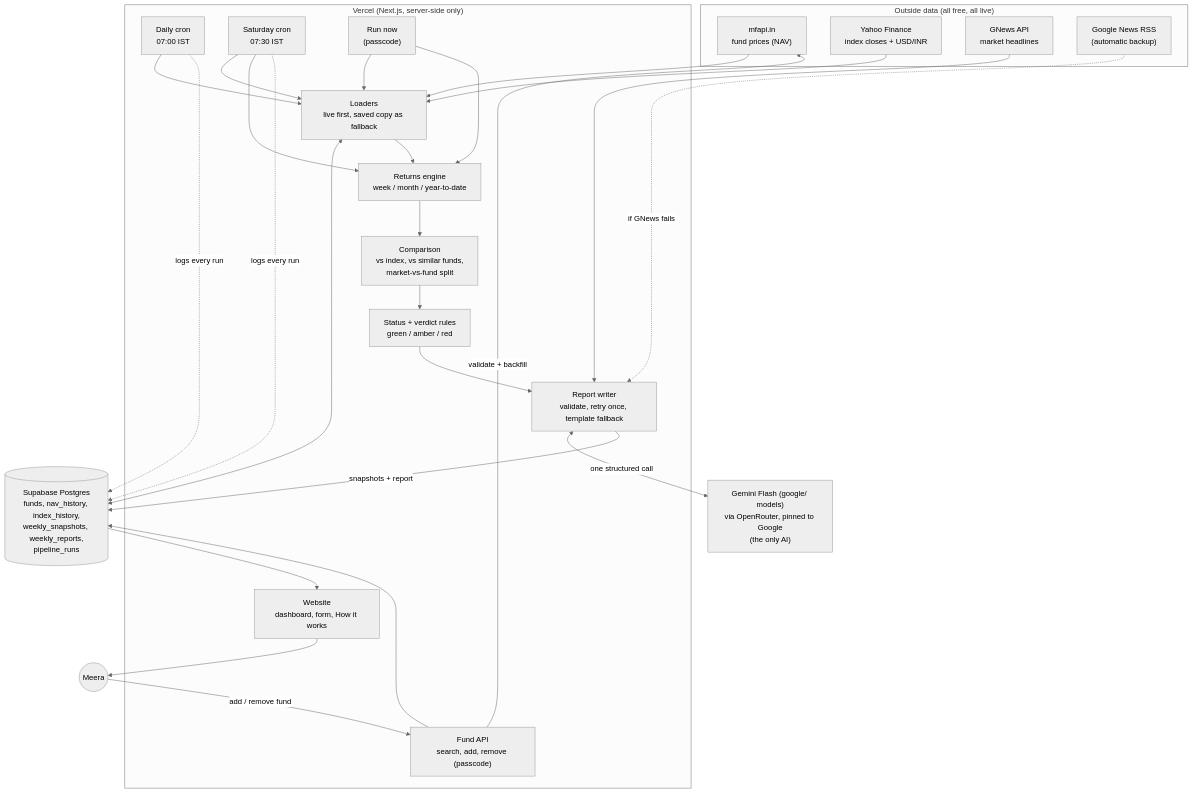
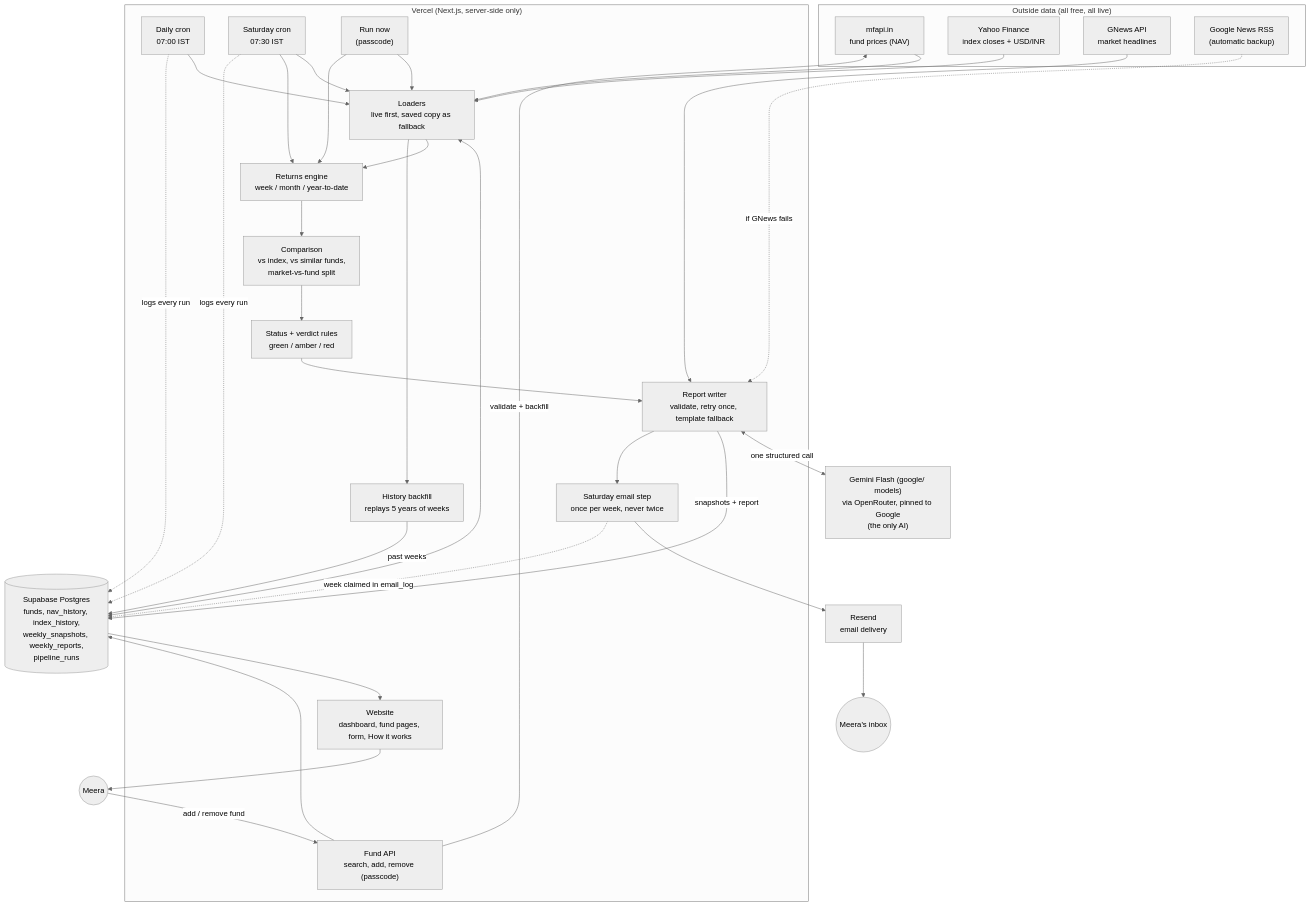
One commit to amlanmahapatra-bit/meera-mf-tracker changed the diagram in docs/COMPONENTS_MAP.md. Above: the diagram before and after it, drawn with Mermaid (neutral theme). The commit also changed other lines of this file and 71 other files, not shown here.

````diff
--- a/docs/COMPONENTS_MAP.md
+++ b/docs/COMPONENTS_MAP.md
@@ -8,46 +8,54 @@
 ```mermaid
 flowchart TB
   subgraph EXT["Outside data (all free, all live)"]
     MF["mfapi.in<br/>fund prices (NAV)"]
     YF["Yahoo Finance<br/>index closes + USD/INR"]
     GN["GNews API<br/>market headlines"]
     RSS["Google News RSS<br/>(automatic backup)"]
   end
 
   subgraph VERCEL["Vercel (Next.js, server-side only)"]
     CRON1["Daily cron<br/>07:00 IST"]
     CRON2["Saturday cron<br/>07:30 IST"]
     RUN["Run now<br/>(passcode)"]
     LOAD["Loaders<br/>live first, saved copy as fallback"]
     ENGINE["Returns engine<br/>week / month / year-to-date"]
     COMPARE["Comparison<br/>vs index, vs similar funds,<br/>market-vs-fund split"]
     STATUS["Status + verdict rules<br/>green / amber / red"]
     WRITER["Report writer<br/>validate, retry once, template fallback"]
     API["Fund API<br/>search, add, remove (passcode)"]
-    PAGES["Website<br/>dashboard, form, How it works"]
+    PAGES["Website<br/>dashboard, fund pages, form, How it works"]
+    EMAIL["Saturday email step<br/>once per week, never twice"]
+    BACKFILL["History backfill<br/>replays 5 years of weeks"]
   end
 
   GEM["Gemini Flash (google/ models)<br/>via OpenRouter, pinned to Google<br/>(the only AI)"]
+  RS["Resend<br/>email delivery"]
+  MAIL(("Meera's inbox"))
   DB[("Supabase Postgres<br/>funds, nav_history, index_history,<br/>weekly_snapshots, weekly_reports,<br/>pipeline_runs")]
   USER(("Meera"))
 
   CRON1 --> LOAD
   RUN --> LOAD
   CRON2 --> LOAD
   MF --> LOAD
   YF --> LOAD
   LOAD <--> DB
   CRON2 --> ENGINE
   RUN --> ENGINE
   LOAD --> ENGINE --> COMPARE --> STATUS
   GN --> WRITER
   RSS -.->|if GNews fails| WRITER
   STATUS --> WRITER
   WRITER <-->|"one structured call"| GEM
   WRITER -->|"snapshots + report"| DB
   CRON1 -. "logs every run" .-> DB
   CRON2 -. "logs every run" .-> DB
+  WRITER --> EMAIL --> RS --> MAIL
+  EMAIL -. "week claimed in email_log" .-> DB
+  BACKFILL -->|"past weeks"| DB
+  LOAD --> BACKFILL
   DB --> PAGES --> USER
   USER -->|"add / remove fund"| API --> DB
   API -->|"validate + backfill"| MF
 ```
````
